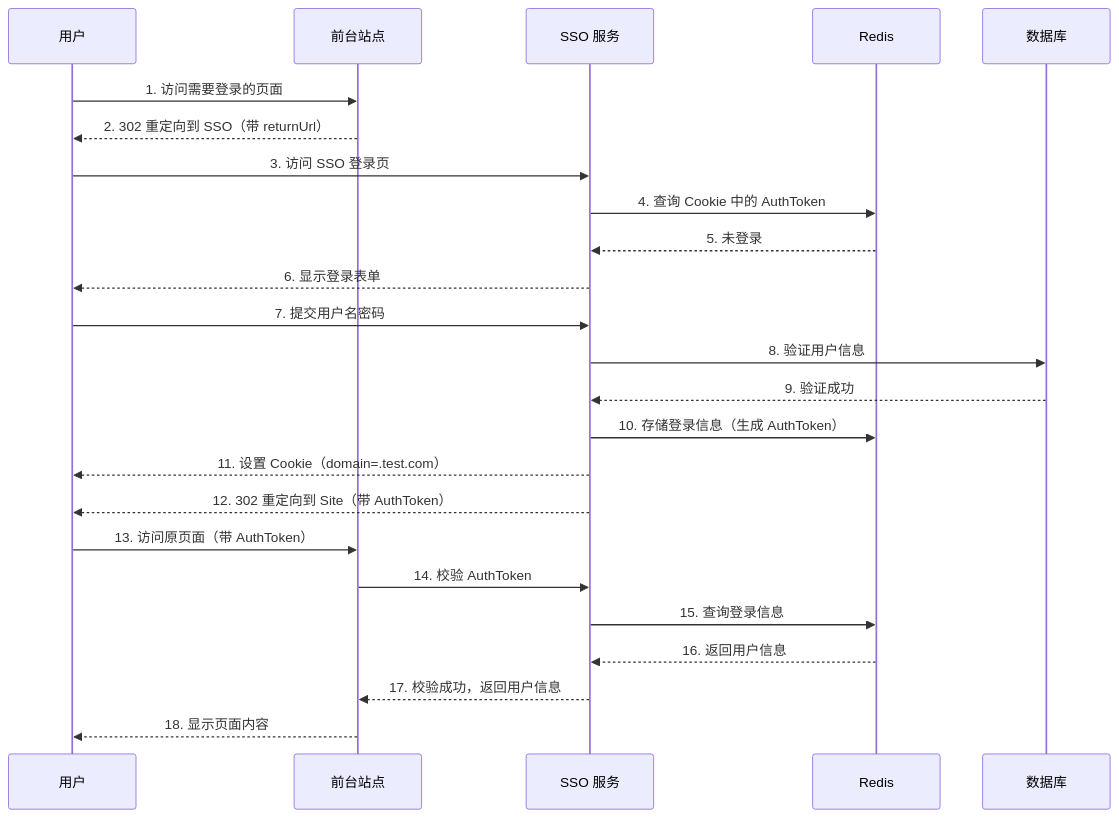
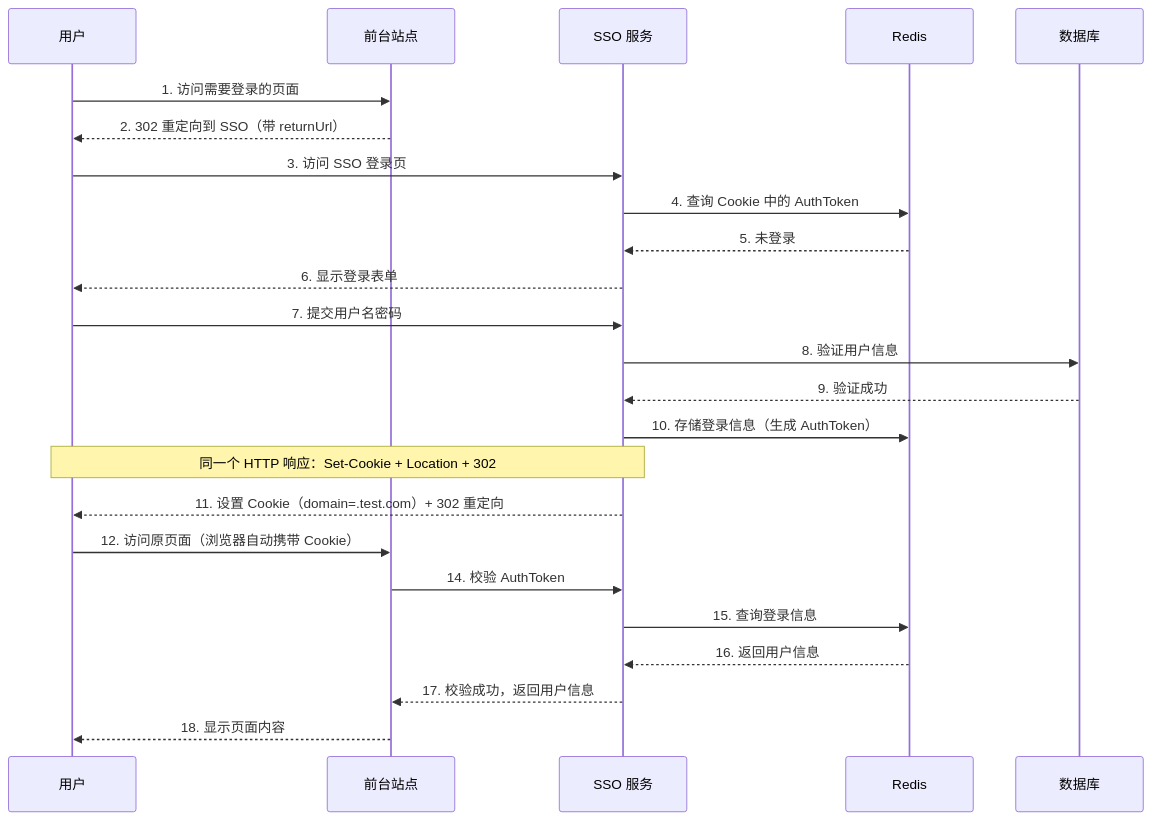
The first of 6 diagrams in 03 八股/系统设计/SSO单点登录.md (Nobody-Cares-TXSL/obsidian), drawn with Mermaid before and after one commit. The commit also changed other lines of this file and 2 other files, not shown here.

First line of the commit message:
docs(系统设计): 修正 SSO、JWT、RESTful API 文档的安全概念误区

````diff
--- a/03 八股/系统设计/SSO单点登录.md
+++ b/03 八股/系统设计/SSO单点登录.md
@@ -46,27 +51,27 @@
 ```mermaid
 sequenceDiagram
     participant User as 用户
     participant Site as 前台站点
     participant SSO as SSO 服务
     participant Redis as Redis
     participant DB as 数据库
 
     User->>Site: 1. 访问需要登录的页面
     Site-->>User: 2. 302 重定向到 SSO（带 returnUrl）
     User->>SSO: 3. 访问 SSO 登录页
     SSO->>Redis: 4. 查询 Cookie 中的 AuthToken
     Redis-->>SSO: 5. 未登录
     SSO-->>User: 6. 显示登录表单
     User->>SSO: 7. 提交用户名密码
     SSO->>DB: 8. 验证用户信息
     DB-->>SSO: 9. 验证成功
     SSO->>Redis: 10. 存储登录信息（生成 AuthToken）
-    SSO-->>User: 11. 设置 Cookie（domain=.test.com）
-    SSO-->>User: 12. 302 重定向到 Site（带 AuthToken）
-    User->>Site: 13. 访问原页面（带 AuthToken）
+    Note over SSO,User: 同一个 HTTP 响应：Set-Cookie + Location + 302
+    SSO-->>User: 11. 设置 Cookie（domain=.test.com）+ 302 重定向
+    User->>Site: 12. 访问原页面（浏览器自动携带 Cookie）
     Site->>SSO: 14. 校验 AuthToken
     SSO->>Redis: 15. 查询登录信息
     Redis-->>SSO: 16. 返回用户信息
     SSO-->>Site: 17. 校验成功，返回用户信息
     Site-->>User: 18. 显示页面内容
 ```
````
